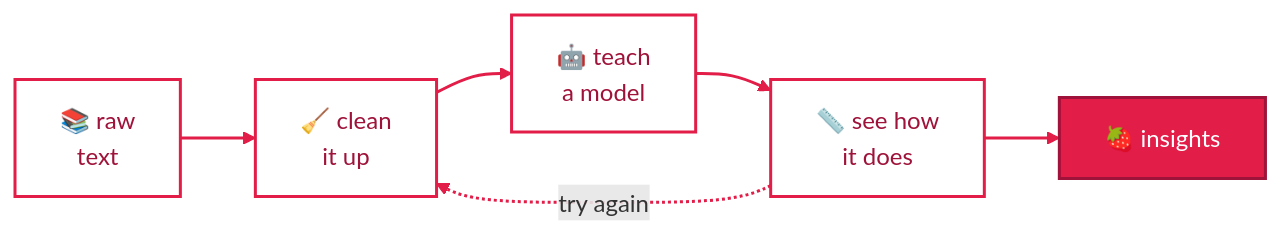
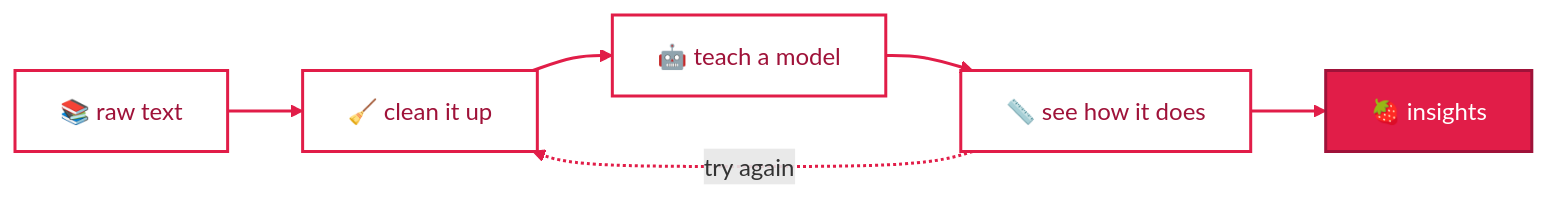
Before and after one commit to mbchavez27/mbchavez27: the second of 5 diagrams in README.md, drawn with Mermaid. The commit also changed other lines of this file, not shown here.

Commit message:
Fix line breaks in Mermaid diagrams in README

````diff
--- a/README.md
+++ b/README.md
@@ -53,14 +53,14 @@
 ```mermaid
 flowchart LR
-    A["📚 raw<br/>text"] --> B["🧹 clean<br/>it up"]
-    B --> C["🤖 teach<br/>a model"]
-    C --> D["📏 see how<br/>it does"]
+    A["📚 raw text"] --> B["🧹 clean it up"]
+    B --> C["🤖 teach a model"]
+    C --> D["📏 see how it does"]
     D --> E["🍓 insights"]
     D -.->|"try again"| B
 
     classDef outline fill:#ffffff,stroke:#e11d48,stroke-width:2px,color:#9f1239
     classDef solid fill:#e11d48,stroke:#9f1239,stroke-width:2px,color:#ffffff
     class A,B,C,D outline
     class E solid
     linkStyle default stroke:#e11d48,stroke-width:2px
 ```
````
